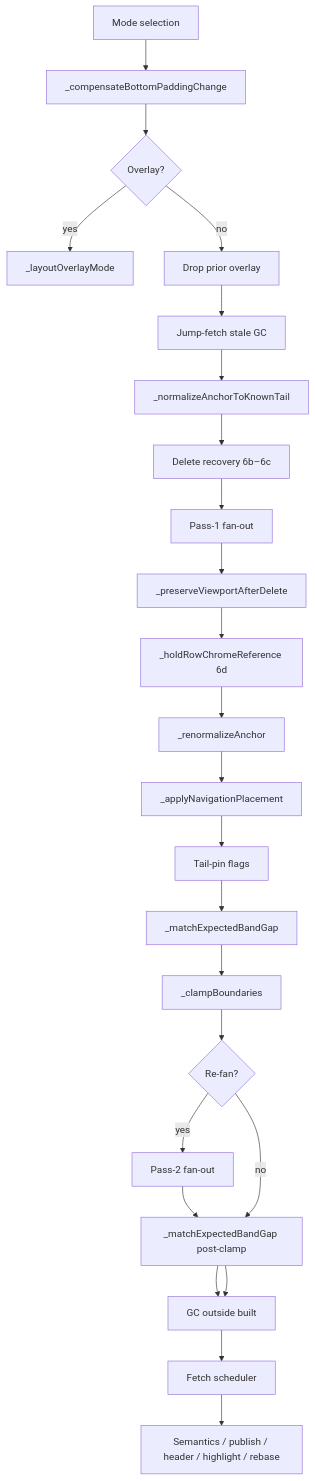
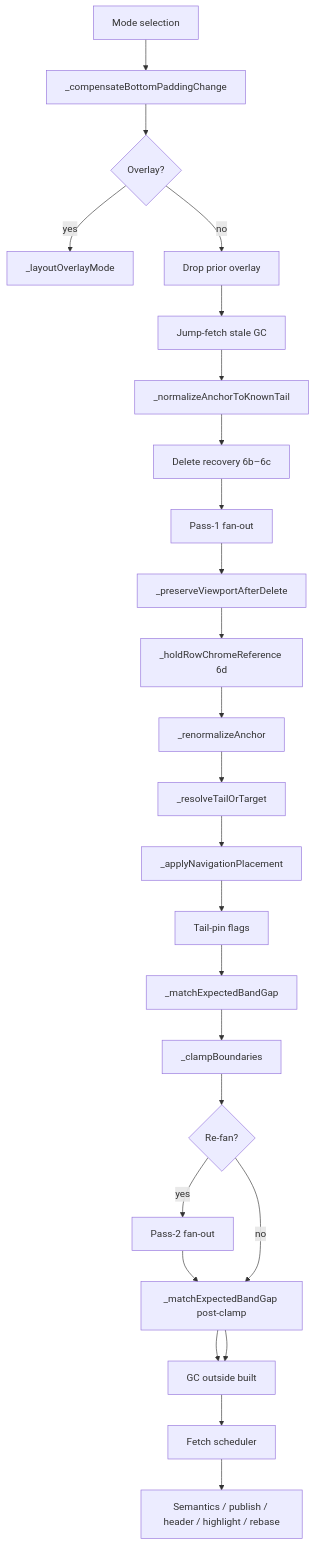
Before and after one commit to itsezlife/chat_scroll_view: the diagram in docs/architecture/04-layout-pipeline.md, drawn with Mermaid. The commit also changed other lines of this file and 14 other files, not shown here.

First line of the commit message:
feat(chat): tail-or-target jump for short unread content

````diff
--- a/docs/architecture/04-layout-pipeline.md
+++ b/docs/architecture/04-layout-pipeline.md
@@ -21,32 +21,33 @@
 ```mermaid
 flowchart TB
   Mode[Mode selection]
   Comp[_compensateBottomPaddingChange]
   Overlay{Overlay?}
   OverlayPath[_layoutOverlayMode]
   DropOverlay[Drop prior overlay]
   JumpGC[Jump-fetch stale GC]
   NormTail[_normalizeAnchorToKnownTail]
   DelRec[Delete recovery 6b–6c]
   Fan1[Pass-1 fan-out]
   Preserve[_preserveViewportAfterDelete]
   Hold[_holdRowChromeReference 6d]
   Renorm[_renormalizeAnchor]
+  TailFit[_resolveTailOrTarget]
   Align[_applyNavigationPlacement]
   Tail[Tail-pin flags]
   GapMatch[_matchExpectedBandGap]
   Clamp[_clampBoundaries]
   Fan2{Re-fan?}
   Fan2Yes[Pass-2 fan-out]
   GapMatch2[_matchExpectedBandGap post-clamp]
   GC[GC outside built]
   Fetch[Fetch scheduler]
   Pub[Semantics / publish / header / highlight / rebase]
 
   Mode --> Comp --> Overlay
   Overlay -->|yes| OverlayPath
-  Overlay -->|no| DropOverlay --> JumpGC --> NormTail --> DelRec --> Fan1 --> Preserve --> Hold --> Renorm --> Align --> Tail --> GapMatch --> Clamp --> Fan2
+  Overlay -->|no| DropOverlay --> JumpGC --> NormTail --> DelRec --> Fan1 --> Preserve --> Hold --> Renorm --> TailFit --> Align --> Tail --> GapMatch --> Clamp --> Fan2
   Fan2 -->|yes| Fan2Yes --> GapMatch2 --> GC
   Fan2 -->|no| GapMatch2 --> GC
   GC --> Fetch --> Pub
 ```
````
